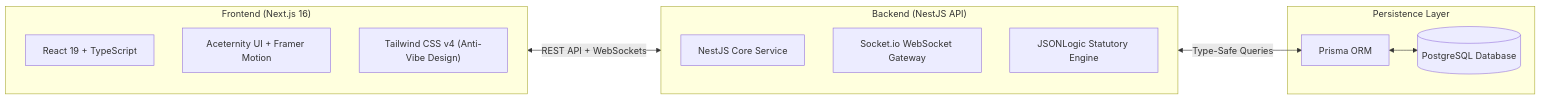
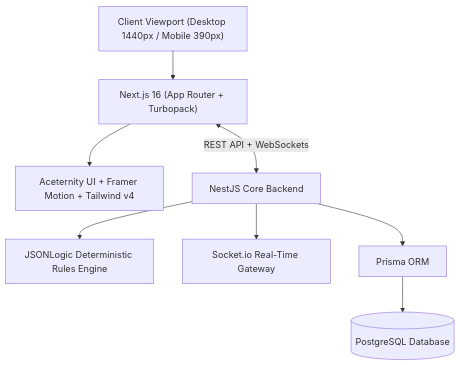
One commit to SDRRAUT/Udyog-Mitra changed the diagram in README.md. Above: the diagram before and after it, drawn with Mermaid. The commit also changed other lines of this file, not shown here.

````diff
--- a/README.md
+++ b/README.md
@@ -124,23 +209,10 @@
 ```mermaid
-graph LR
-    subgraph Client ["Frontend (Next.js 16)"]
-        UI["React 19 + TypeScript"]
-        Motion["Aceternity UI + Framer Motion"]
-        CSS["Tailwind CSS v4 (Anti-Vibe Design)"]
-    end
-
-    subgraph Server ["Backend (NestJS API)"]
-        API["NestJS Core Service"]
-        Socket["Socket.io WebSocket Gateway"]
-        Engine["JSONLogic Statutory Engine"]
-    end
-
-    subgraph Data ["Persistence Layer"]
-        Prisma["Prisma ORM"]
-        DB[("PostgreSQL Database")]
-    end
-
-    Client <-->|REST API + WebSockets| Server
-    Server <-->|Type-Safe Queries| Prisma
-    Prisma <--> DB
+graph TD
+    A["Client Viewport (Desktop 1440px / Mobile 390px)"] --> B["Next.js 16 (App Router + Turbopack)"]
+    B --> C["Aceternity UI + Framer Motion + Tailwind v4"]
+    B <-->|REST API + WebSockets| D["NestJS Core Backend"]
+    D --> E["JSONLogic Deterministic Rules Engine"]
+    D --> F["Socket.io Real-Time Gateway"]
+    D --> G["Prisma ORM"]
+    G --> H[("PostgreSQL Database")]
 ```
````
